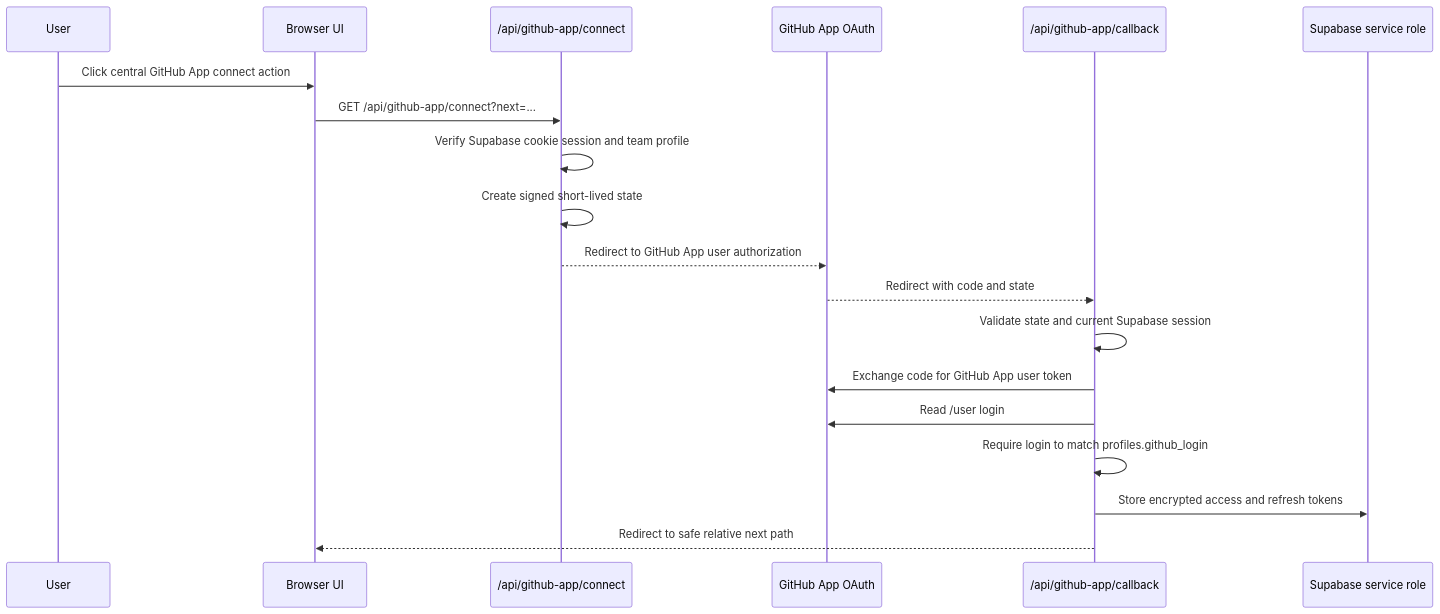
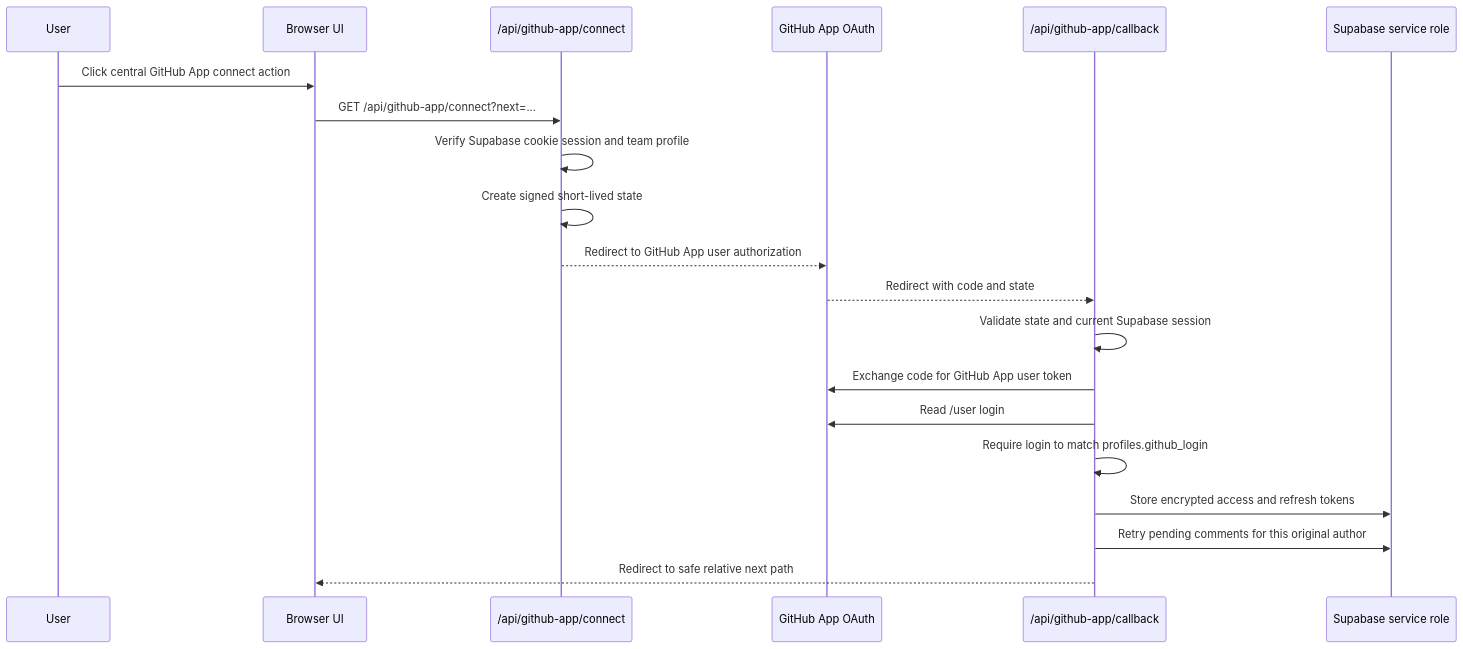
Before and after one commit to findmydoc-platform/founder-scoreboard-v2: the third of 5 diagrams in docs/auth-flow.md, drawn with Mermaid. The commit also changed other lines of this file and 102 other files, not shown here.

````diff
--- a/docs/auth-flow.md
+++ b/docs/auth-flow.md
@@ -58,22 +60,23 @@
 ```mermaid
 sequenceDiagram
   participant U as User
   participant UI as Browser UI
   participant APP as /api/github-app/connect
   participant GH as GitHub App OAuth
   participant CB as /api/github-app/callback
   participant DB as Supabase service role
 
   U->>UI: Click central GitHub App connect action
   UI->>APP: GET /api/github-app/connect?next=...
   APP->>APP: Verify Supabase cookie session and team profile
   APP->>APP: Create signed short-lived state
   APP-->>GH: Redirect to GitHub App user authorization
   GH-->>CB: Redirect with code and state
   CB->>CB: Validate state and current Supabase session
   CB->>GH: Exchange code for GitHub App user token
   CB->>GH: Read /user login
   CB->>CB: Require login to match profiles.github_login
   CB->>DB: Store encrypted access and refresh tokens
+  CB->>DB: Retry pending comments for this original author
   CB-->>UI: Redirect to safe relative next path
 ```
````
